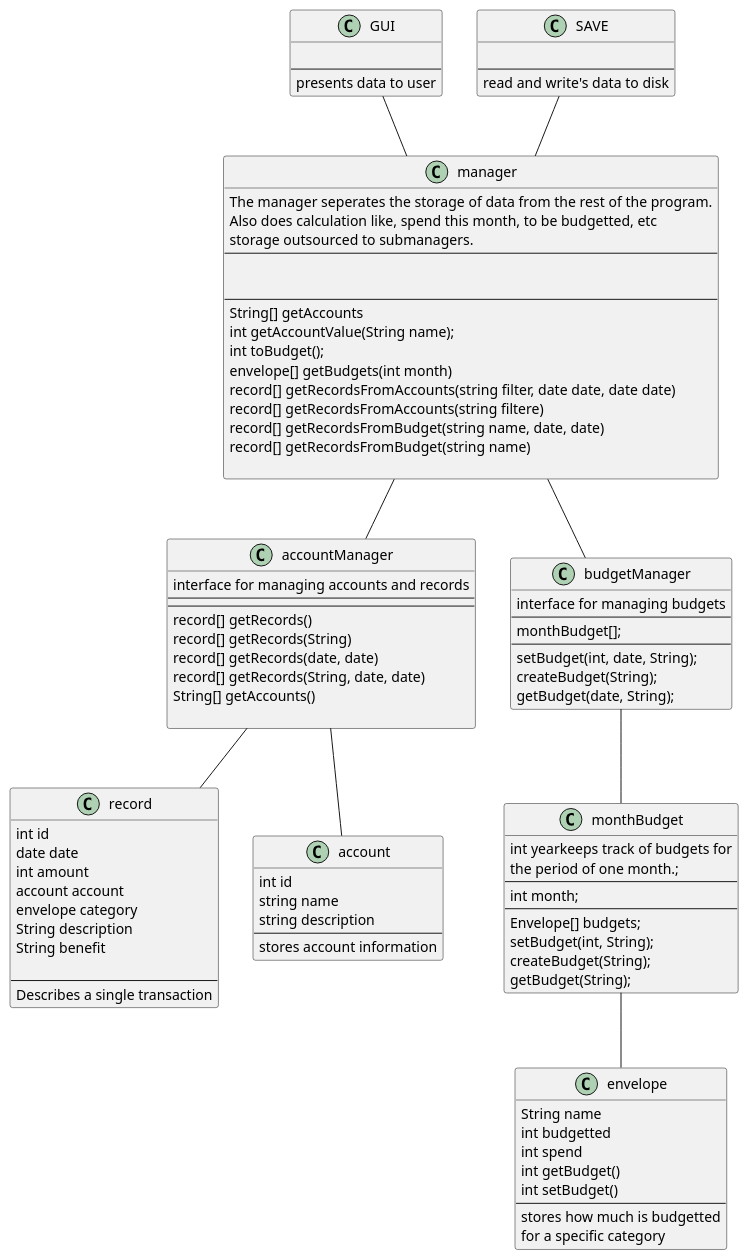
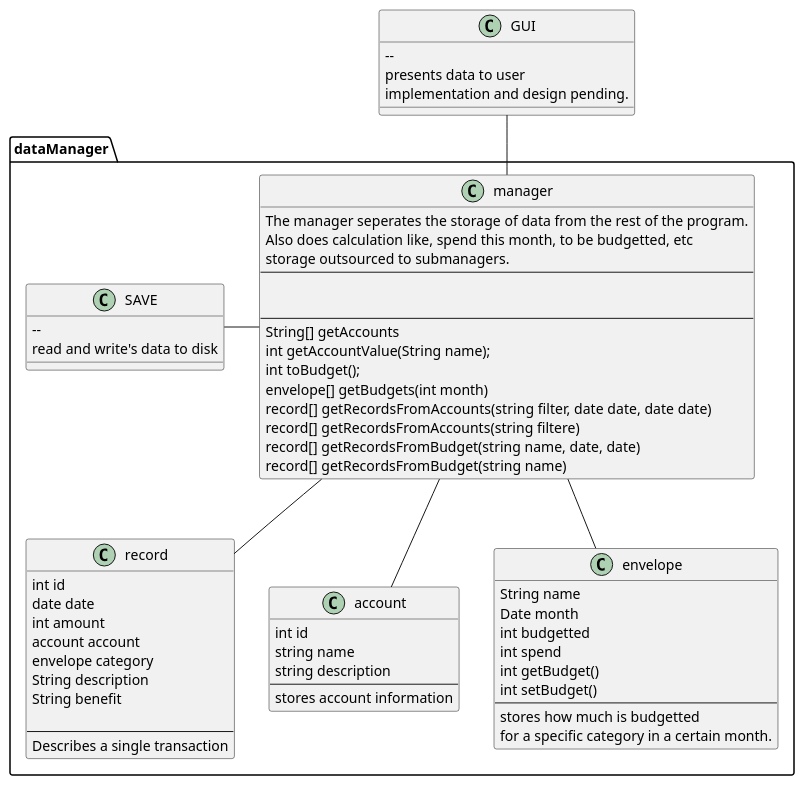
One commit to gorgabal/EnvelopeBudget changed the diagram in doc/envelopeBudget.plantuml. Above: the diagram before and after it, drawn with PlantUML. The commit also changed 6 other files, not shown here.

```diff
--- a/doc/envelopeBudget.plantuml
+++ b/doc/envelopeBudget.plantuml
@@ -1,115 +1,80 @@
 @startuml
+package dataManager{
 
-class record{
-  int id
-  date date
-  int amount
-  account account
-  envelope category
-  String description
-  String benefit
 
-  --
-  Describes a single transaction
-}
+    class manager{
+    The manager seperates the storage of data from the rest of the program.
+    Also does calculation like, spend this month, to be budgetted, etc
+    storage outsourced to submanagers.
+    ----
+
+
+    ----
+    String[] getAccounts
+    int getAccountValue(String name);
+    int toBudget();
+    envelope[] getBudgets(int month)
+    record[] getRecordsFromAccounts(string filter, date date, date date)
+    record[] getRecordsFromAccounts(string filtere)
+    record[] getRecordsFromBudget(string name, date, date)
+    record[] getRecordsFromBudget(string name)
+    }
+
+    class record{
+      int id
+      date date
+      int amount
+      account account
+      envelope category
+      String description
+      String benefit
+
+      --
+      Describes a single transaction
+    }
 
 
 
-class account {
-  int id
-  string name
-  string description
-  --
-  stores account information
-}
-
-class manager{
-The manager seperates the storage of data from the rest of the program.
-Also does calculation like, spend this month, to be budgetted, etc
-storage outsourced to submanagers.
-----
+    class account {
+      int id
+      string name
+      string description
+      --
+      stores account information
+    }
 
 
-----
-String[] getAccounts
-int getAccountValue(String name);
-int toBudget();
-envelope[] getBudgets(int month)
-record[] getRecordsFromAccounts(string filter, date date, date date)
-record[] getRecordsFromAccounts(string filtere)
-record[] getRecordsFromBudget(string name, date, date)
-record[] getRecordsFromBudget(string name)
+    class envelope{
+      String name
+      Date month
+      int budgetted
+      int spend
+      int getBudget()
+      int setBudget()
+      --
+      stores how much is budgetted
+      for a specific category in a certain month.
+    }
+    class SAVE{
 
+    --
+    read and write's data to disk
+    }
 }
-
-class accountManager{
-interface for managing accounts and records
---
---
-record[] getRecords()
-record[] getRecords(String)
-record[] getRecords(date, date)
-record[] getRecords(String, date, date)
-String[] getAccounts()
-
-}
-
-
-class budgetManager {
-interface for managing budgets
---
-monthBudget[];
---
-setBudget(int, date, String);
-createBudget(String);
-getBudget(date, String);
-}
-
-class monthBudget {
-int yearkeeps track of budgets for
-the period of one month.;
----
-int month;
----
-Envelope[] budgets;
-setBudget(int, String);
-createBudget(String);
-getBudget(String);
-}
-
-
-class envelope{
-  String name
-  int budgetted
-  int spend
-  int getBudget()
-  int setBudget()
-  --
-  stores how much is budgetted
-  for a specific category
-}
-
 
 
 class GUI{
 
---
-presents data to user
-}
+    --
+    presents data to user
+    implementation and design pending.
+    }
 
-class SAVE{
 
---
-read and write's data to disk
-}
 
 GUI -- manager
-SAVE -- manager
-manager -- budgetManager
-manager -- accountManager
-budgetManager -- monthBudget
-monthBudget -- envelope
-accountManager -- record
-accountManager -- account
-
+SAVE - manager
+manager -- account
+manager -- envelope
+manager -- record
 @enduml
```
